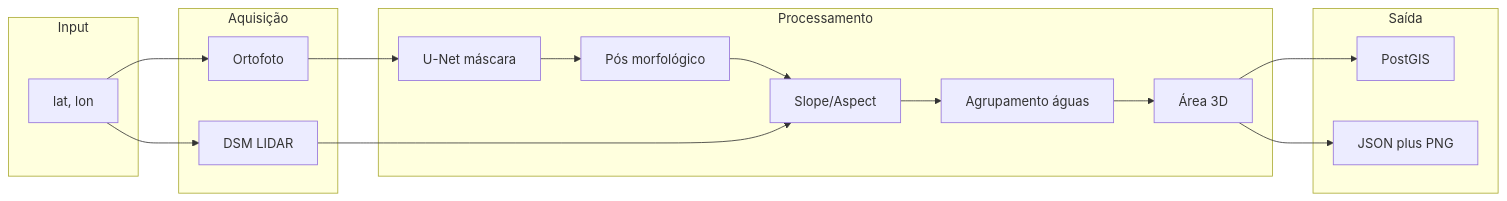
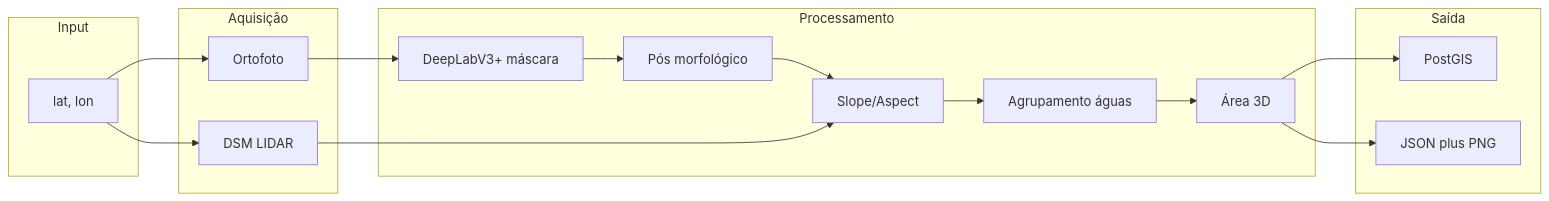
Before and after one commit to phmotad/roofArea: the diagram in docs/arquitetura.md, drawn with Mermaid. The commit also changed other lines of this file and 1698 other files, not shown here.

First line of the commit message:
Pipeline 3 etapas DeepLabV3+, roof/archive, chips_segmentos (água/linha/fundo), LIDAR coverage API

````diff
--- a/docs/arquitetura.md
+++ b/docs/arquitetura.md
@@ -9,31 +9,31 @@
 ```mermaid
 flowchart LR
   subgraph input [Input]
     Coords[lat, lon]
   end
   subgraph aquisicao [Aquisição]
     Orto[Ortofoto]
     Lidar[DSM LIDAR]
   end
   subgraph processamento [Processamento]
-    Unet[U-Net máscara]
+    DeepLab[DeepLabV3+ máscara]
     Post[Pós morfológico]
     SlopeAspect[Slope/Aspect]
     Aguas[Agrupamento águas]
     Areas[Área 3D]
   end
   subgraph saida [Saída]
     PG[PostGIS]
     JSON[JSON plus PNG]
   end
   Coords --> Orto
   Coords --> Lidar
-  Orto --> Unet
-  Unet --> Post
+  Orto --> DeepLab
+  DeepLab --> Post
   Post --> SlopeAspect
   Lidar --> SlopeAspect
   SlopeAspect --> Aguas
   Aguas --> Areas
   Areas --> PG
   Areas --> JSON
 ```
````
